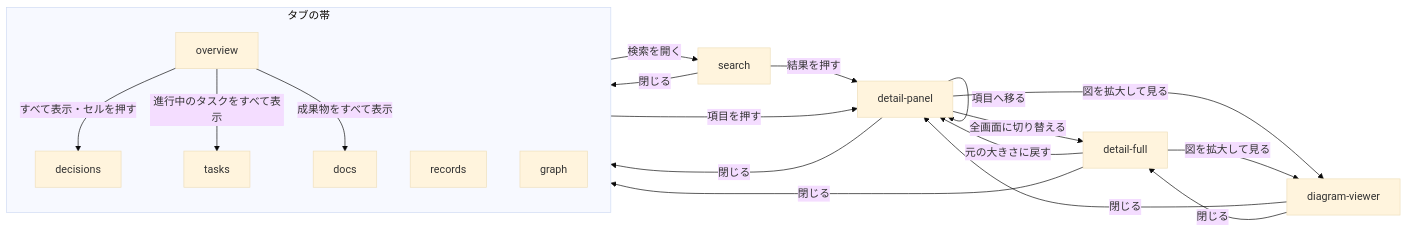
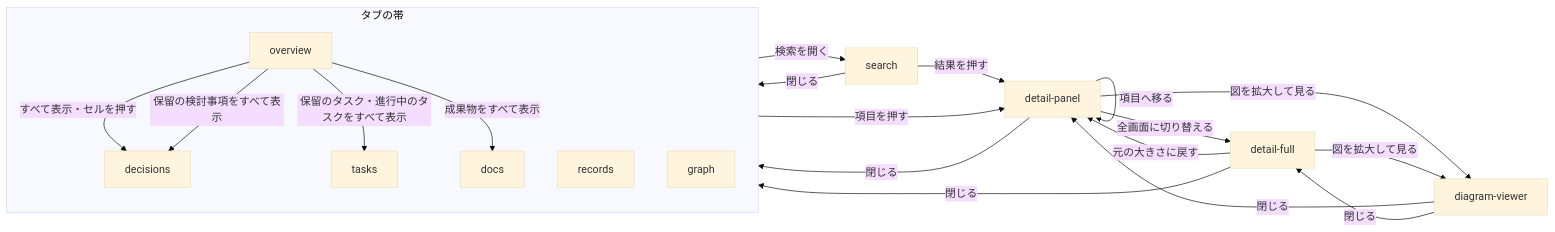
One commit to shuhei1101/mindmap changed the diagram in dev/pr/21/プレビュー.md. Above: the diagram before and after it, drawn with Mermaid (base theme). The commit also changed other lines of this file, not shown here.

Commit message:
概要のすべて表示の開き先をタイルと同じ項目にし、図の拡大を案 A に決める

````diff
--- a/dev/pr/21/プレビュー.md
+++ b/dev/pr/21/プレビュー.md
@@ -58,27 +57,28 @@
 ```mermaid
 flowchart LR
   subgraph TABS[タブの帯]
     OV[overview]
     DE[decisions]
     TA[tasks]
     DO[docs]
     RE[records]
     GR[graph]
   end
   OV -->|すべて表示・セルを押す| DE
-  OV -->|進行中のタスクをすべて表示| TA
+  OV -->|保留の検討事項をすべて表示| DE
+  OV -->|保留のタスク・進行中のタスクをすべて表示| TA
   OV -->|成果物をすべて表示| DO
   TABS -->|項目を押す| DP[detail-panel]
   DP -->|閉じる| TABS
   DP -->|項目へ移る| DP
   DP -->|全画面に切り替える| DF[detail-full]
   DF -->|元の大きさに戻す| DP
   DF -->|閉じる| TABS
   DP -->|図を拡大して見る| DV[diagram-viewer]
   DV -->|閉じる| DP
   DF -->|図を拡大して見る| DV
   DV -->|閉じる| DF
   TABS -->|検索を開く| SE[search]
   SE -->|結果を押す| DP
   SE -->|閉じる| TABS
 ```
````
